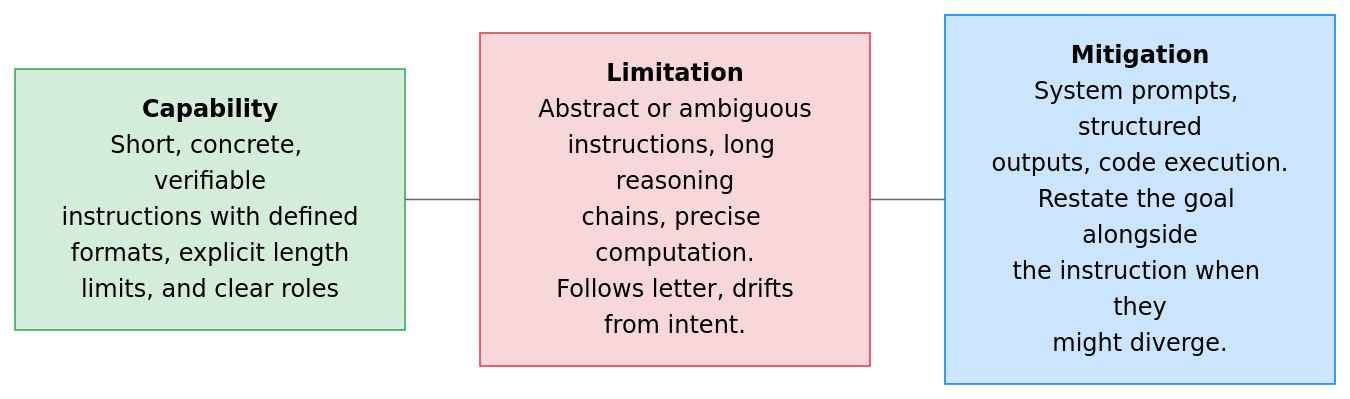
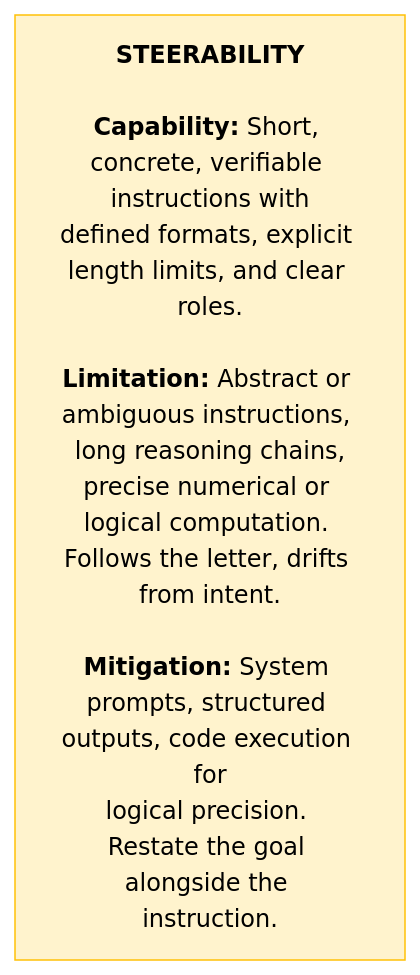
Before and after one commit to shreyabaid007/Claude-Certified-Architect: the fifth of 7 diagrams in Professional/01-Claude-Platform-and-Solution-Design/01-How-Claude-Behaves.md, drawn with Mermaid (neutral theme). The commit also changed other lines of this file and 1 other file, not shown here.

First line of the commit message:
Standardize to two-color palette across all study diagrams

````diff
--- a/Professional/01-Claude-Platform-and-Solution-Design/01-How-Claude-Behaves.md
+++ b/Professional/01-Claude-Platform-and-Solution-Design/01-How-Claude-Behaves.md
@@ -85,8 +76,6 @@
 ```mermaid
-flowchart LR
-    classDef green fill:#d4edda,stroke:#28a745,color:#000
-    classDef red fill:#f8d7da,stroke:#dc3545,color:#000
-    classDef blue fill:#cce5ff,stroke:#007bff,color:#000
+flowchart TD
+    classDef concept fill:#fff3cd,stroke:#ffc107,color:#000
 
-    C["<b>Capability</b><br/>Short, concrete, verifiable<br/>instructions with defined<br/>formats, explicit length<br/>limits, and clear roles"]:::green --- L["<b>Limitation</b><br/>Abstract or ambiguous<br/>instructions, long reasoning<br/>chains, precise computation.<br/>Follows letter, drifts<br/>from intent."]:::red --- M["<b>Mitigation</b><br/>System prompts, structured<br/>outputs, code execution.<br/>Restate the goal alongside<br/>the instruction when they<br/>might diverge."]:::blue
+    S["<b>STEERABILITY</b><br/><br/><b>Capability:</b> Short, concrete, verifiable instructions with<br/>defined formats, explicit length limits, and clear roles.<br/><br/><b>Limitation:</b> Abstract or ambiguous instructions, long reasoning chains,<br/>precise numerical or logical computation. Follows the letter, drifts from intent.<br/><br/><b>Mitigation:</b> System prompts, structured outputs, code execution for<br/>logical precision. Restate the goal alongside the instruction."]:::concept
 ```
````
